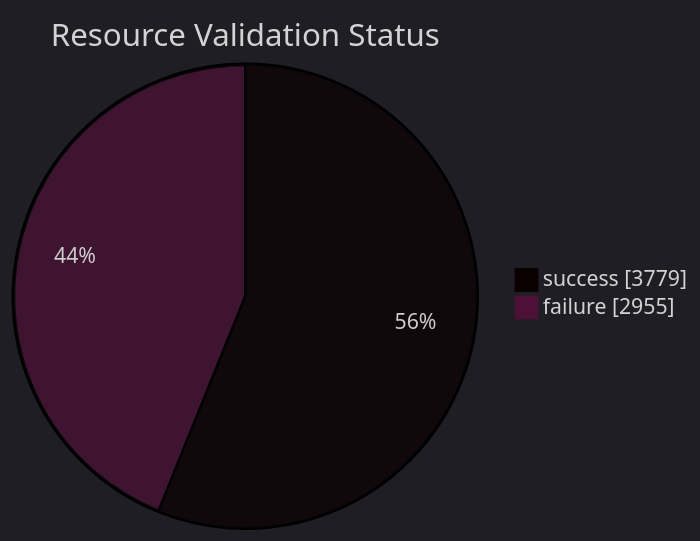
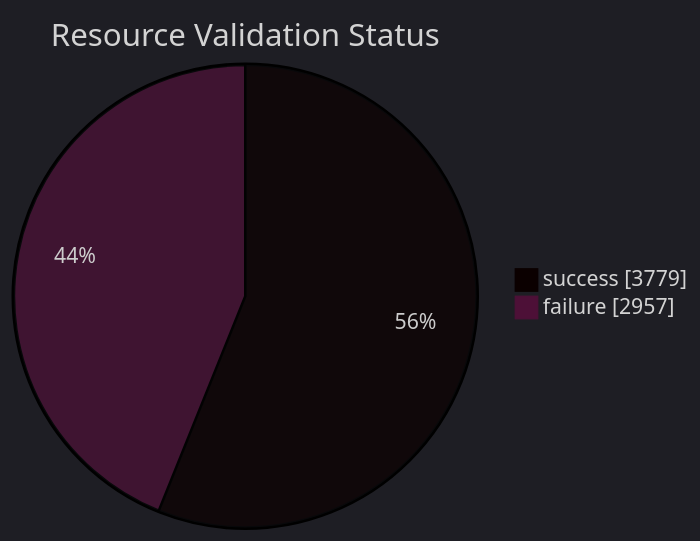
Before and after one commit to open-data/analytics-corporate-reporting: the diagram in datastore_tracker/resource_validation_status_pie_chart.md, drawn with Mermaid. The commit also changed 8 other files, not shown here.

````diff
--- a/datastore_tracker/resource_validation_status_pie_chart.md
+++ b/datastore_tracker/resource_validation_status_pie_chart.md
@@ -2,9 +2,9 @@
 ```mermaid
 ---
 config:
   theme: dark
 ---
 pie showData title Resource Validation Status
     "success": 3779
-    "failure": 2955
+    "failure": 2957
 ```
````
